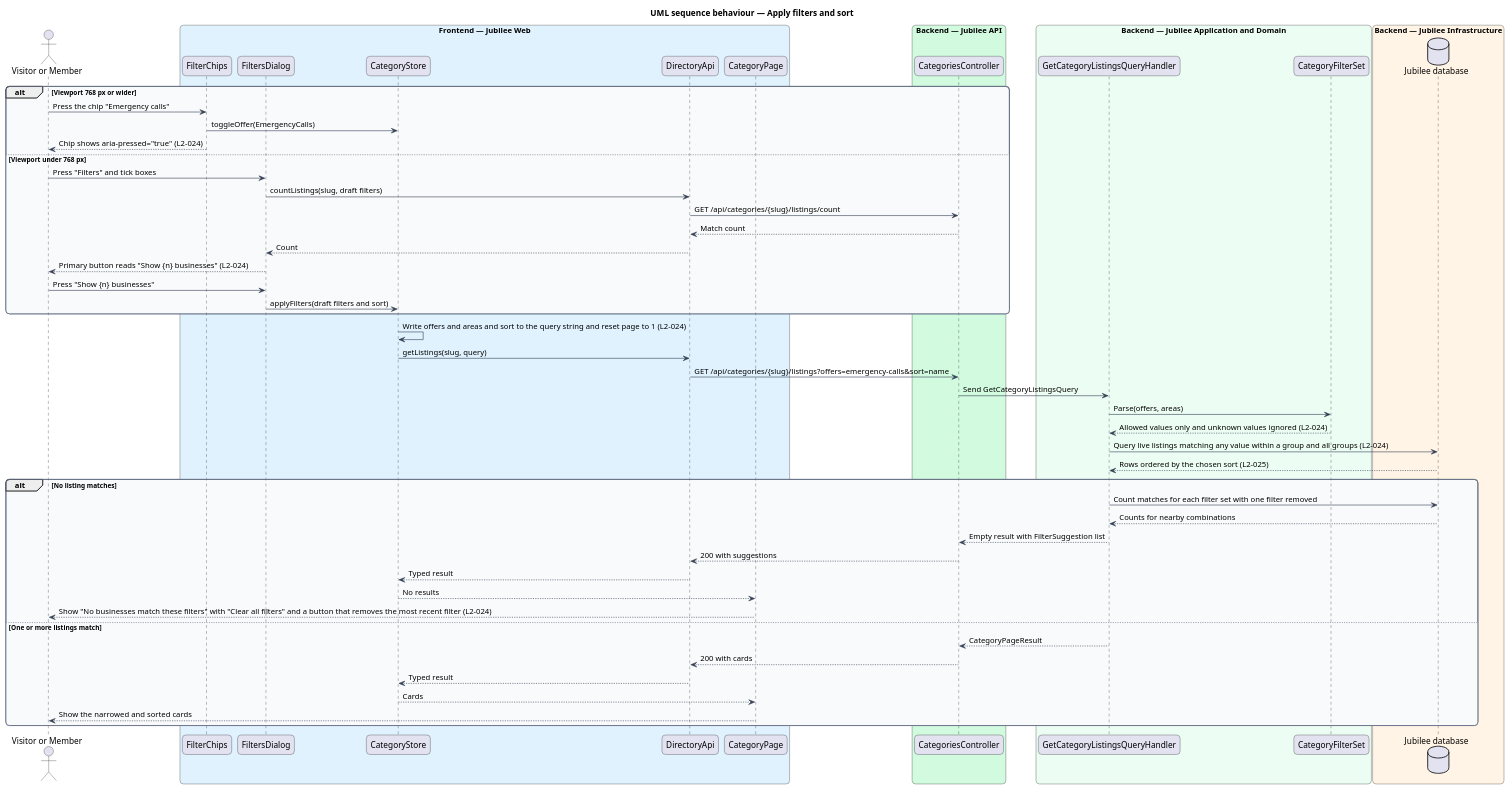
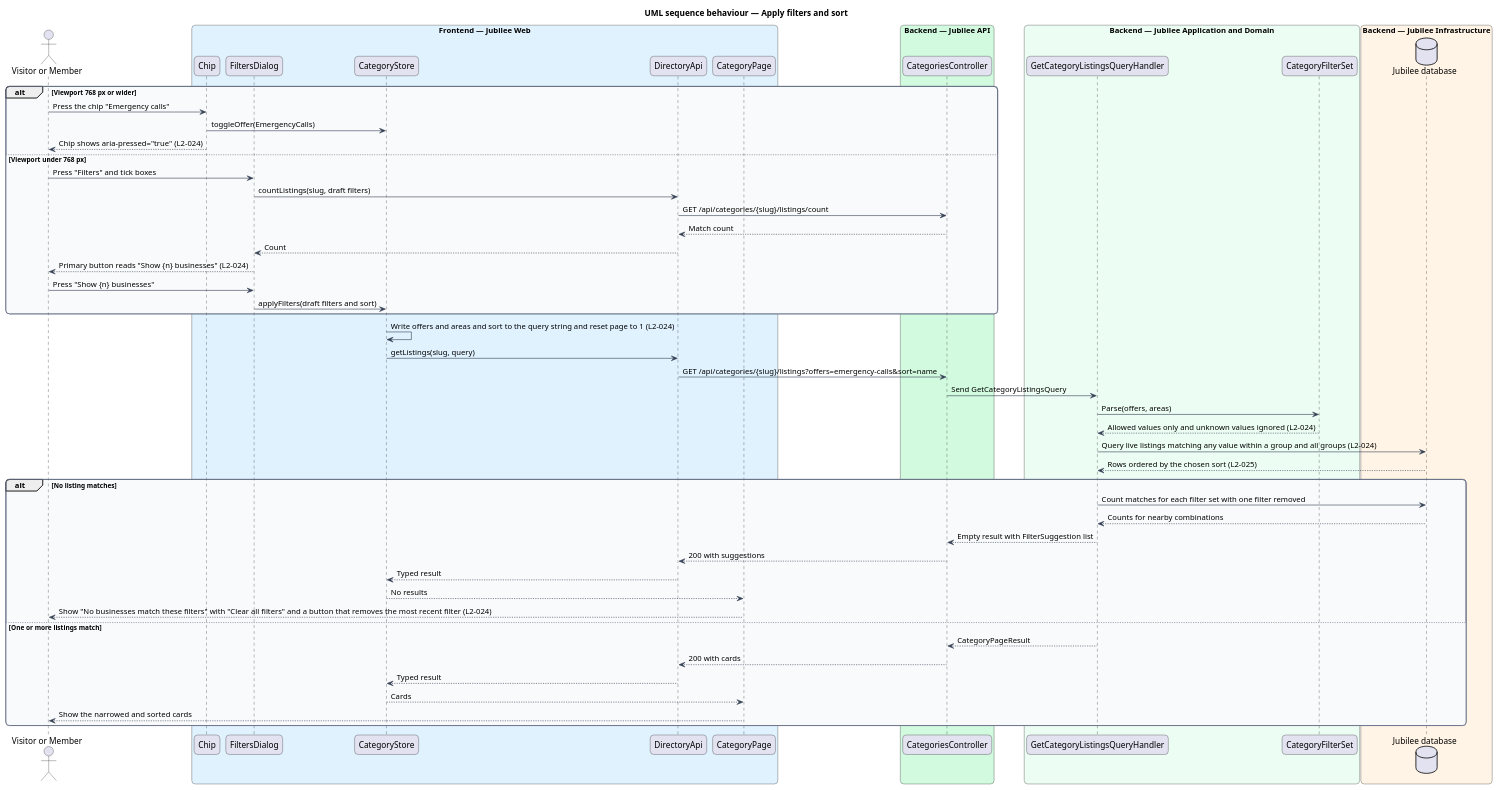
One commit to QuinntyneBrown/jubilee changed the diagram in docs/detailed-designs/directory/browse-category/diagrams/sequence-apply-filters.puml. Above: the diagram before and after it, drawn with PlantUML. The commit also changed 25 other files, not shown here.

```diff
--- a/docs/detailed-designs/directory/browse-category/diagrams/sequence-apply-filters.puml
+++ b/docs/detailed-designs/directory/browse-category/diagrams/sequence-apply-filters.puml
@@ -1,72 +1,72 @@
 @startuml
 title UML sequence behaviour — Apply filters and sort
 skinparam backgroundColor #FFFFFF
 skinparam shadowing false
 skinparam roundcorner 12
 skinparam defaultFontName Arial
 skinparam ArrowColor #344054
 skinparam rectangle {
   BorderColor #344054
   FontColor #101828
 }
 skinparam package {
   BorderColor #667085
   FontColor #101828
   BackgroundColor #F9FAFB
 }
 actor "Visitor or Member" as actor
 box "Frontend — Jubilee Web" #E0F2FE
-  participant "FilterChips" as chips
+  participant "Chip" as chips
   participant "FiltersDialog" as sheet
   participant "CategoryStore" as store
   participant "DirectoryApi" as client
   participant "CategoryPage" as page
 end box
 box "Backend — Jubilee API" #D1FADF
   participant "CategoriesController" as controller
 end box
 box "Backend — Jubilee Application and Domain" #ECFDF3
   participant "GetCategoryListingsQueryHandler" as handler
   participant "CategoryFilterSet" as filterset
 end box
 box "Backend — Jubilee Infrastructure" #FFF4E5
   database "Jubilee database" as db
 end box
 alt Viewport 768 px or wider
   actor -> chips : Press the chip "Emergency calls"
   chips -> store : toggleOffer(EmergencyCalls)
   chips --> actor : Chip shows aria-pressed="true" (L2-024)
 else Viewport under 768 px
   actor -> sheet : Press "Filters" and tick boxes
   sheet -> client : countListings(slug, draft filters)
   client -> controller : GET /api/categories/{slug}/listings/count
   controller --> client : Match count
   client --> sheet : Count
   sheet --> actor : Primary button reads "Show {n} businesses" (L2-024)
   actor -> sheet : Press "Show {n} businesses"
   sheet -> store : applyFilters(draft filters and sort)
 end
 store -> store : Write offers and areas and sort to the query string and reset page to 1 (L2-024)
 store -> client : getListings(slug, query)
 client -> controller : GET /api/categories/{slug}/listings?offers=emergency-calls&sort=name
 controller -> handler : Send GetCategoryListingsQuery
 handler -> filterset : Parse(offers, areas)
 filterset --> handler : Allowed values only and unknown values ignored (L2-024)
 handler -> db : Query live listings matching any value within a group and all groups (L2-024)
 db --> handler : Rows ordered by the chosen sort (L2-025)
 alt No listing matches
   handler -> db : Count matches for each filter set with one filter removed
   db --> handler : Counts for nearby combinations
   handler --> controller : Empty result with FilterSuggestion list
   controller --> client : 200 with suggestions
   client --> store : Typed result
   store --> page : No results
   page --> actor : Show "No businesses match these filters" with "Clear all filters" and a button that removes the most recent filter (L2-024)
 else One or more listings match
   handler --> controller : CategoryPageResult
   controller --> client : 200 with cards
   client --> store : Typed result
   store --> page : Cards
   page --> actor : Show the narrowed and sorted cards
 end
 @enduml
```
